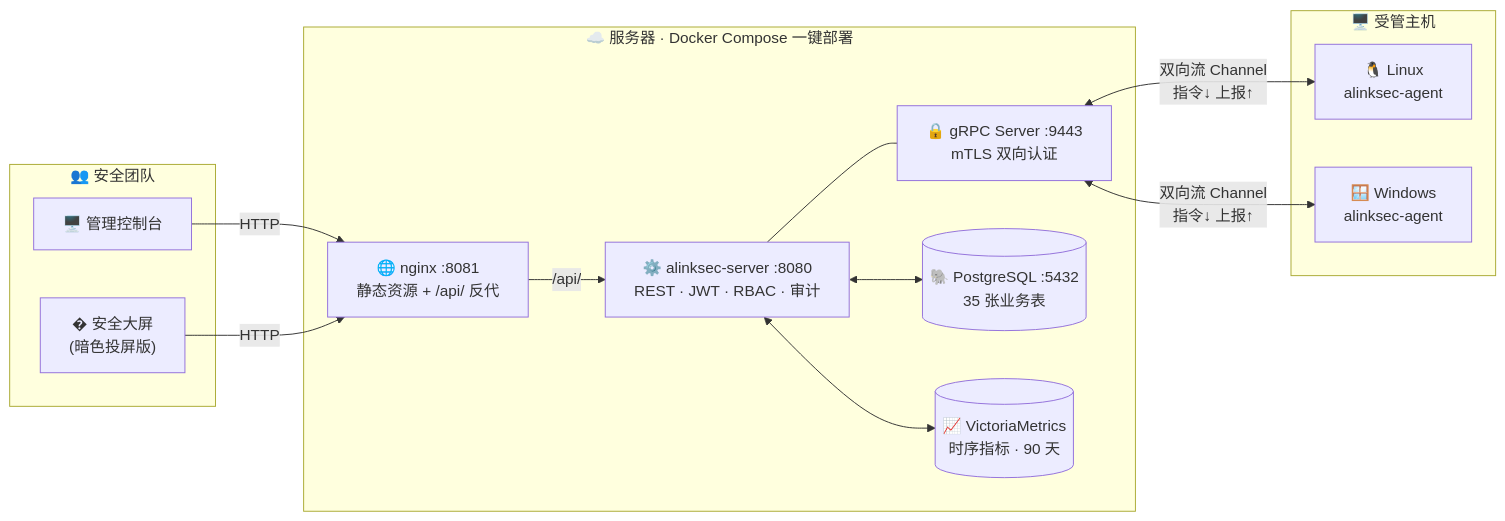
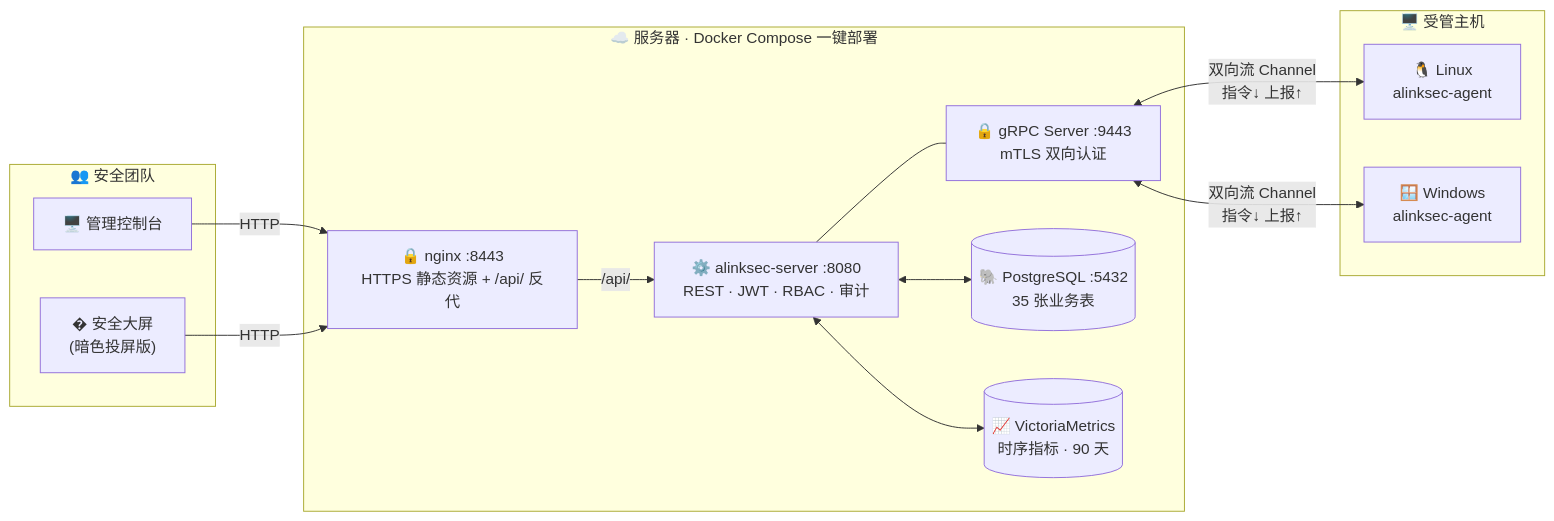
One commit to wybroot/alinksec changed the first of 4 diagrams in README.md. Above: the diagram before and after it, drawn with Mermaid. The commit also changed other lines of this file and 21 other files, not shown here.

````diff
--- a/README.md
+++ b/README.md
@@ -71,26 +71,26 @@
 ```mermaid
 flowchart LR
     subgraph CLIENT["👥 安全团队"]
         B1["🖥️ 管理控制台"]
         B2["� 安全大屏<br/>(暗色投屏版)"]
     end
 
     subgraph SERVER["☁️ 服务器 · Docker Compose 一键部署"]
-        NGINX["🌐 nginx :8081<br/>静态资源 + /api/ 反代"]
+        NGINX["🔒 nginx :8443<br/>HTTPS 静态资源 + /api/ 反代"]
         SRV["⚙️ alinksec-server :8080<br/>REST · JWT · RBAC · 审计"]
         GRPC["🔒 gRPC Server :9443<br/>mTLS 双向认证"]
         PG[("🐘 PostgreSQL :5432<br/>35 张业务表")]
         VM[("📈 VictoriaMetrics<br/>时序指标 · 90 天")]
     end
 
     subgraph HOSTS["🖥️ 受管主机"]
         A1["🐧 Linux<br/>alinksec-agent"]
         A2["🪟 Windows<br/>alinksec-agent"]
     end
 
     B1 & B2 -->|HTTP| NGINX -->|/api/| SRV
     SRV <--> PG
     SRV <--> VM
     GRPC <-->|"双向流 Channel<br/>指令↓ 上报↑"| A1 & A2
     SRV --- GRPC
 ```
````
